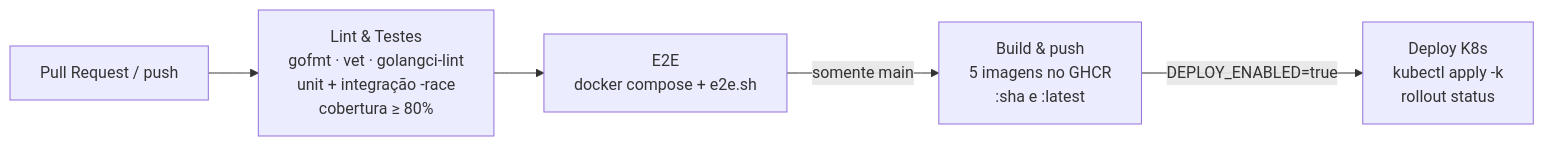
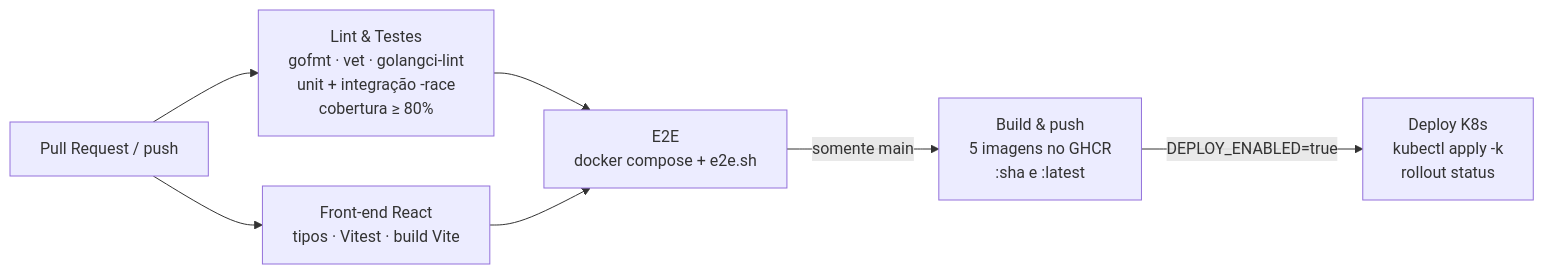
One commit to monnclaro/soat-hackaton changed the diagram in docs/quality.md. Above: the diagram before and after it, drawn with Mermaid. The commit also changed other lines of this file and 47 other files, not shown here.

First line of the commit message:
feat(web): front-end em React + TypeScript com Vite

````diff
--- a/docs/quality.md
+++ b/docs/quality.md
@@ -39,7 +40,9 @@
 ```mermaid
 flowchart LR
     PR[Pull Request / push] --> T[Lint & Testes<br/>gofmt · vet · golangci-lint<br/>unit + integração -race<br/>cobertura ≥ 80%]
+    PR --> F[Front-end React<br/>tipos · Vitest · build Vite]
     T --> E[E2E<br/>docker compose + e2e.sh]
+    F --> E
     E -->|somente main| B[Build & push<br/>5 imagens no GHCR<br/>:sha e :latest]
     B -->|DEPLOY_ENABLED=true| D[Deploy K8s<br/>kubectl apply -k<br/>rollout status]
 ```
````
